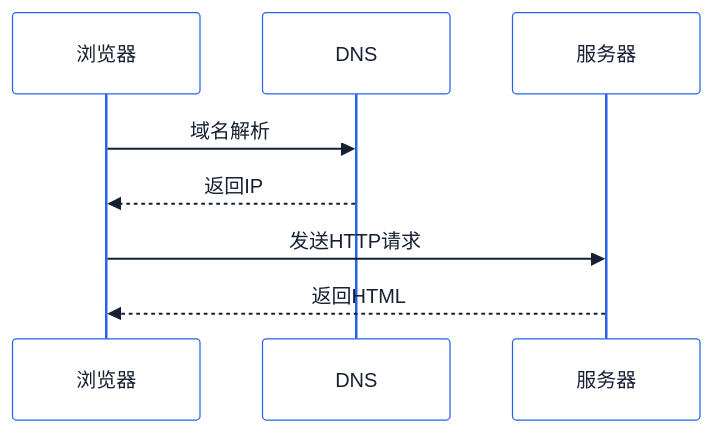
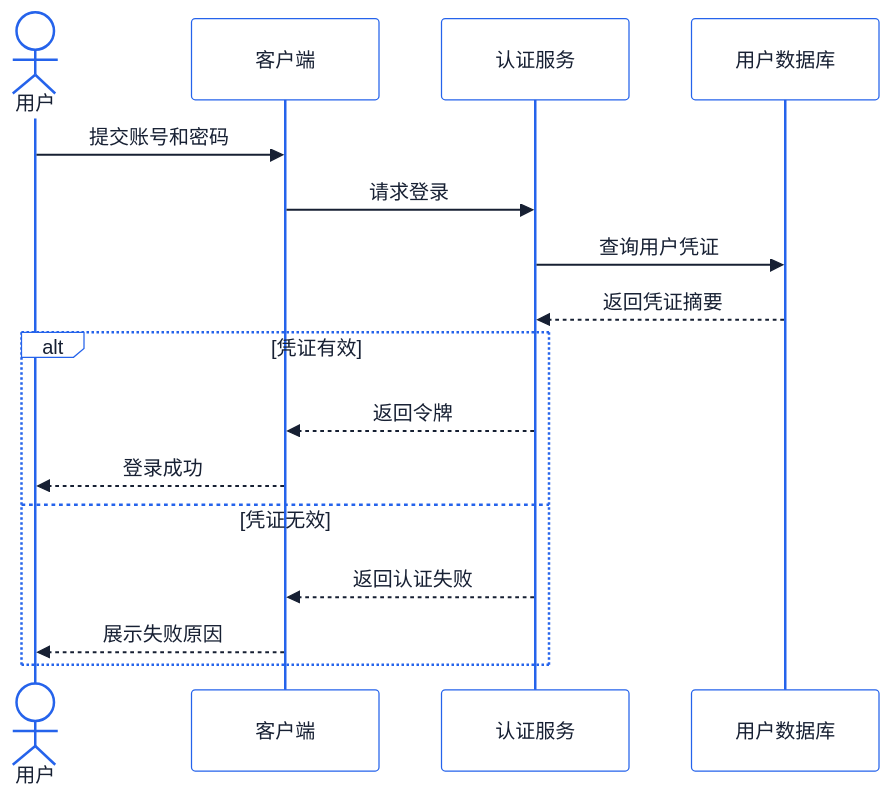
One commit to BeWaterMyFriend7/SKILL-PROJECT changed the diagram in .opencode/skills/mermaid-gen/examples/sequence-diagram.md. Above: the diagram before and after it, drawn with Mermaid. The commit also changed other lines of this file and 39 other files, not shown here.

First line of the commit message:
优化 mermaid-gen 生成流程与校验能力

````diff
--- a/.opencode/skills/mermaid-gen/examples/sequence-diagram.md
+++ b/.opencode/skills/mermaid-gen/examples/sequence-diagram.md
@@ -3,11 +5,19 @@
 ```mermaid
 %%{init: {"theme":"base","themeVariables":{"fontFamily":"Inter, Noto Sans SC, Microsoft YaHei, sans-serif","primaryColor":"#FFFFFF","primaryBorderColor":"#2563EB","primaryTextColor":"#172033","lineColor":"#64748B","background":"#F6F8FB"}}}%%
 sequenceDiagram
-    participant 浏览器
-    participant DNS
-    participant 服务器
-    浏览器->>DNS: 域名解析
-    DNS-->>浏览器: 返回IP
-    浏览器->>服务器: 发送HTTP请求
-    服务器-->>浏览器: 返回HTML
+    actor U as 用户
+    participant C as 客户端
+    participant A as 认证服务
+    participant D as 用户数据库
+    U->>C: 提交账号和密码
+    C->>A: 请求登录
+    A->>D: 查询用户凭证
+    D-->>A: 返回凭证摘要
+    alt 凭证有效
+        A-->>C: 返回令牌
+        C-->>U: 登录成功
+    else 凭证无效
+        A-->>C: 返回认证失败
+        C-->>U: 展示失败原因
+    end
 ```
````
